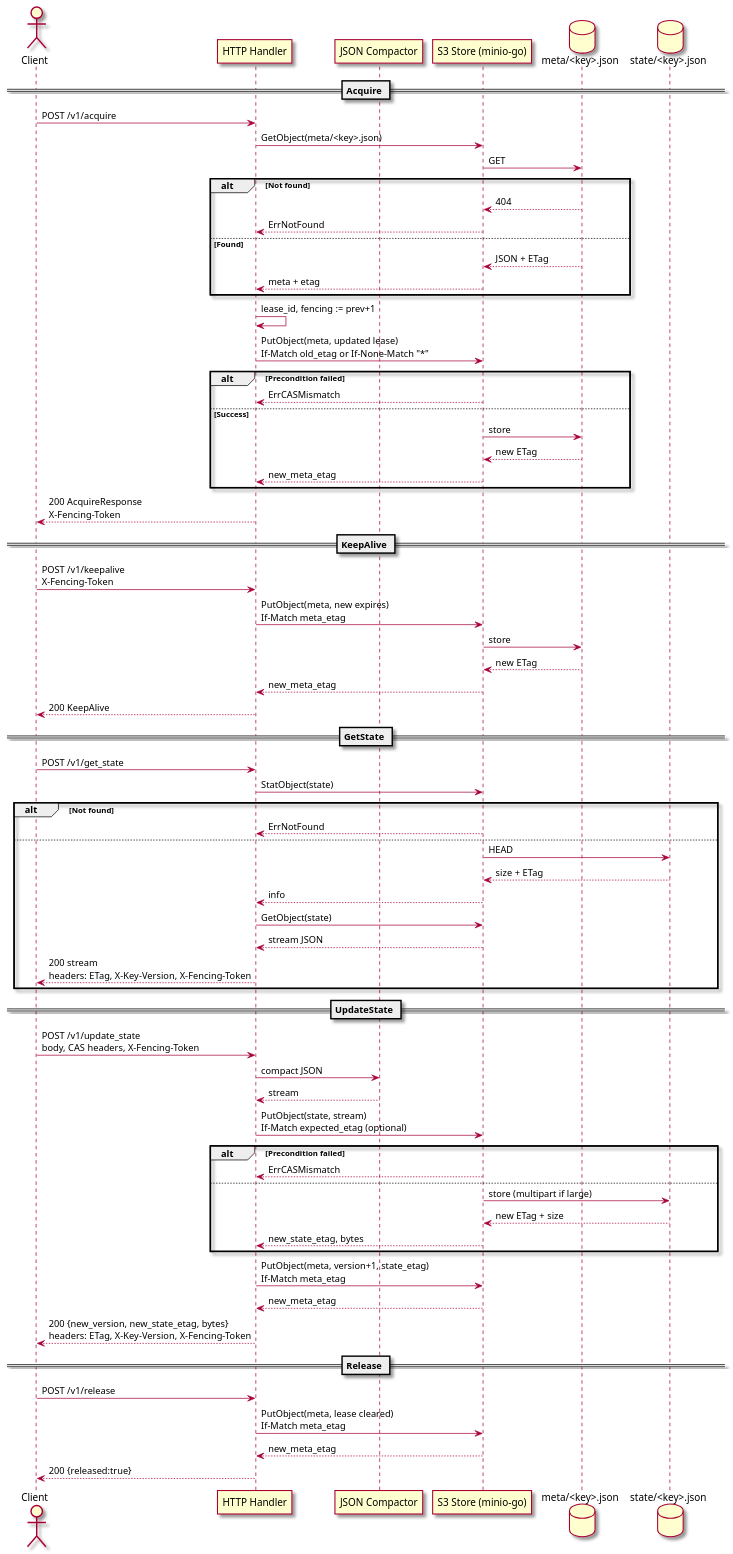
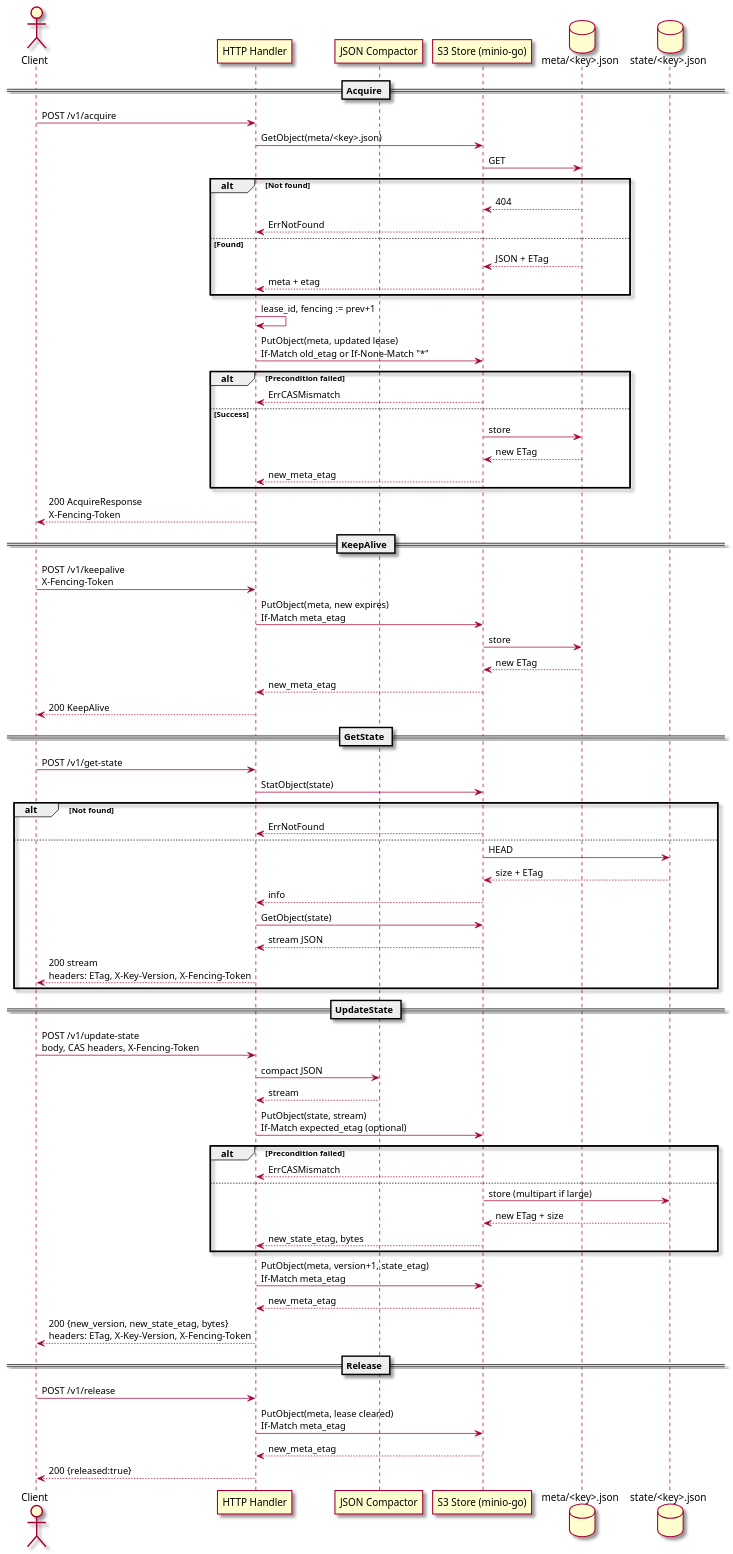
Before and after one commit to sa6mwa/lockd: the diagram in docs/diagrams/lockd-s3.puml, drawn with PlantUML. The commit also changed 17 other files, not shown here.

```diff
--- a/docs/diagrams/lockd-s3.puml
+++ b/docs/diagrams/lockd-s3.puml
@@ -1,79 +1,79 @@
 @startuml
 ' Detailed flow for S3-compatible backend (MinIO/AWS)
 
 skin rose
 
 actor Client
 participant "HTTP Handler" as Handler
 participant "JSON Compactor" as Compactor
 participant "S3 Store (minio-go)" as S3
 database "meta/<key>.json" as MetaObj
 database "state/<key>.json" as StateObj
 
 == Acquire ==
 Client -> Handler: POST /v1/acquire
 Handler -> S3: GetObject(meta/<key>.json)
 S3 -> MetaObj: GET
 alt Not found
     MetaObj --> S3: 404
     S3 --> Handler: ErrNotFound
 else Found
     MetaObj --> S3: JSON + ETag
     S3 --> Handler: meta + etag
 end
 Handler -> Handler: lease_id, fencing := prev+1
 Handler -> S3: PutObject(meta, updated lease)\nIf-Match old_etag or If-None-Match "*"
 alt Precondition failed
     S3 --> Handler: ErrCASMismatch
 else Success
     S3 -> MetaObj: store
     MetaObj --> S3: new ETag
     S3 --> Handler: new_meta_etag
 end
 Handler --> Client: 200 AcquireResponse\nX-Fencing-Token
 
 == KeepAlive ==
 Client -> Handler: POST /v1/keepalive\nX-Fencing-Token
 Handler -> S3: PutObject(meta, new expires)\nIf-Match meta_etag
 S3 -> MetaObj: store
 MetaObj --> S3: new ETag
 S3 --> Handler: new_meta_etag
 Handler --> Client: 200 KeepAlive
 
 == GetState ==
-Client -> Handler: POST /v1/get_state
+Client -> Handler: POST /v1/get-state
 Handler -> S3: StatObject(state)
 alt Not found
     S3 --> Handler: ErrNotFound
 else
     S3 -> StateObj: HEAD
     StateObj --> S3: size + ETag
     S3 --> Handler: info
     Handler -> S3: GetObject(state)
     S3 --> Handler: stream JSON
     Handler --> Client: 200 stream\nheaders: ETag, X-Key-Version, X-Fencing-Token
 end
 
 == UpdateState ==
-Client -> Handler: POST /v1/update_state\nbody, CAS headers, X-Fencing-Token
+Client -> Handler: POST /v1/update-state\nbody, CAS headers, X-Fencing-Token
 Handler -> Compactor: compact JSON
 Compactor --> Handler: stream
 Handler -> S3: PutObject(state, stream)\nIf-Match expected_etag (optional)
 alt Precondition failed
     S3 --> Handler: ErrCASMismatch
 else
     S3 -> StateObj: store (multipart if large)
     StateObj --> S3: new ETag + size
     S3 --> Handler: new_state_etag, bytes
 end
 Handler -> S3: PutObject(meta, version+1, state_etag)\nIf-Match meta_etag
 S3 --> Handler: new_meta_etag
 Handler --> Client: 200 {new_version, new_state_etag, bytes}\nheaders: ETag, X-Key-Version, X-Fencing-Token
 
 == Release ==
 Client -> Handler: POST /v1/release
 Handler -> S3: PutObject(meta, lease cleared)\nIf-Match meta_etag
 S3 --> Handler: new_meta_etag
 Handler --> Client: 200 {released:true}
 
 @enduml
```
